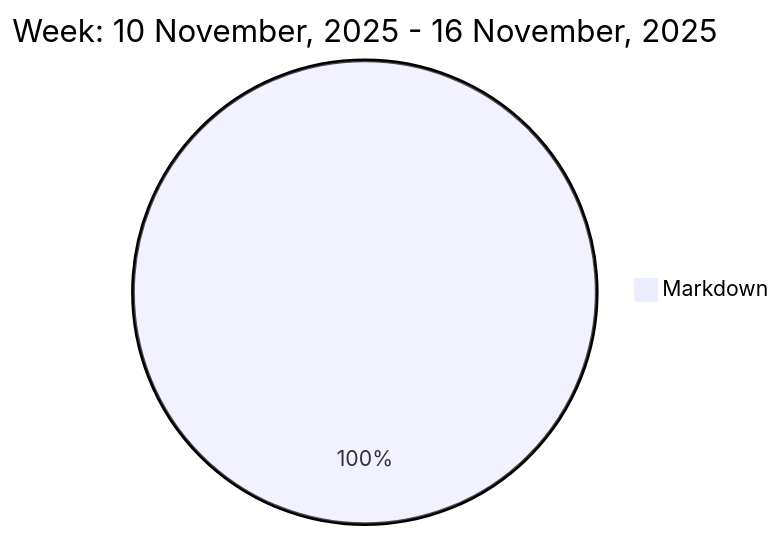
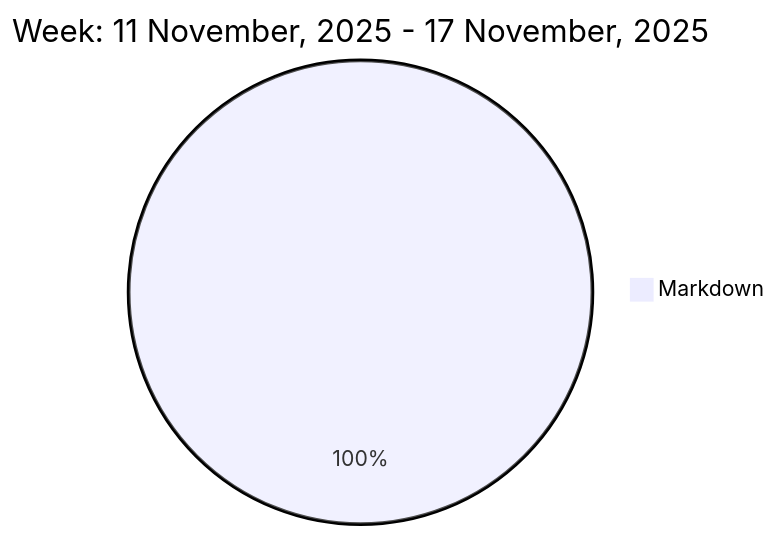
Before and after one commit to liubin95/liubin95: the diagram in README.md, drawn with Mermaid.

Commit message:
Updated the Graph with new Metrics

````diff
--- a/README.md
+++ b/README.md
@@ -37,5 +37,5 @@
 ```mermaid
  pie
-title Week: 10 November, 2025 - 16 November, 2025
- "Markdown" : 1.88
+title Week: 11 November, 2025 - 17 November, 2025
+ "Markdown" : 1.23
 ```
````
